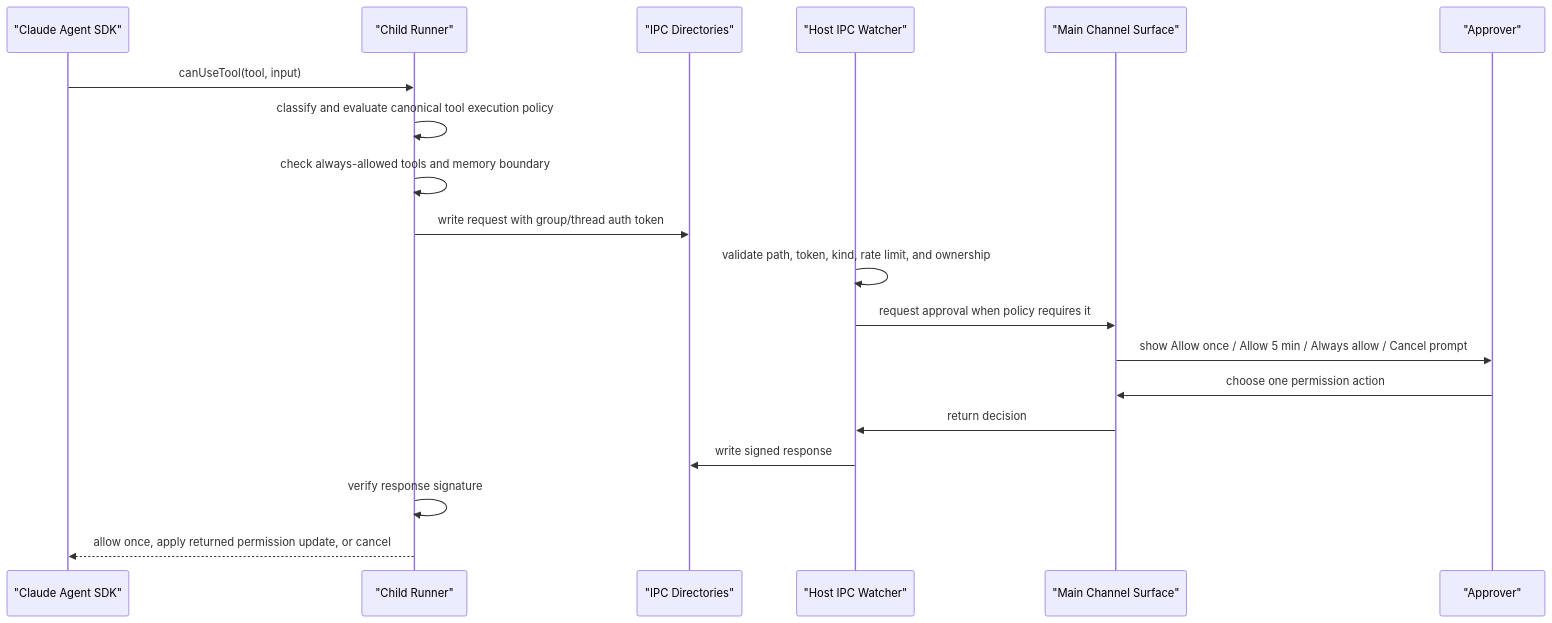
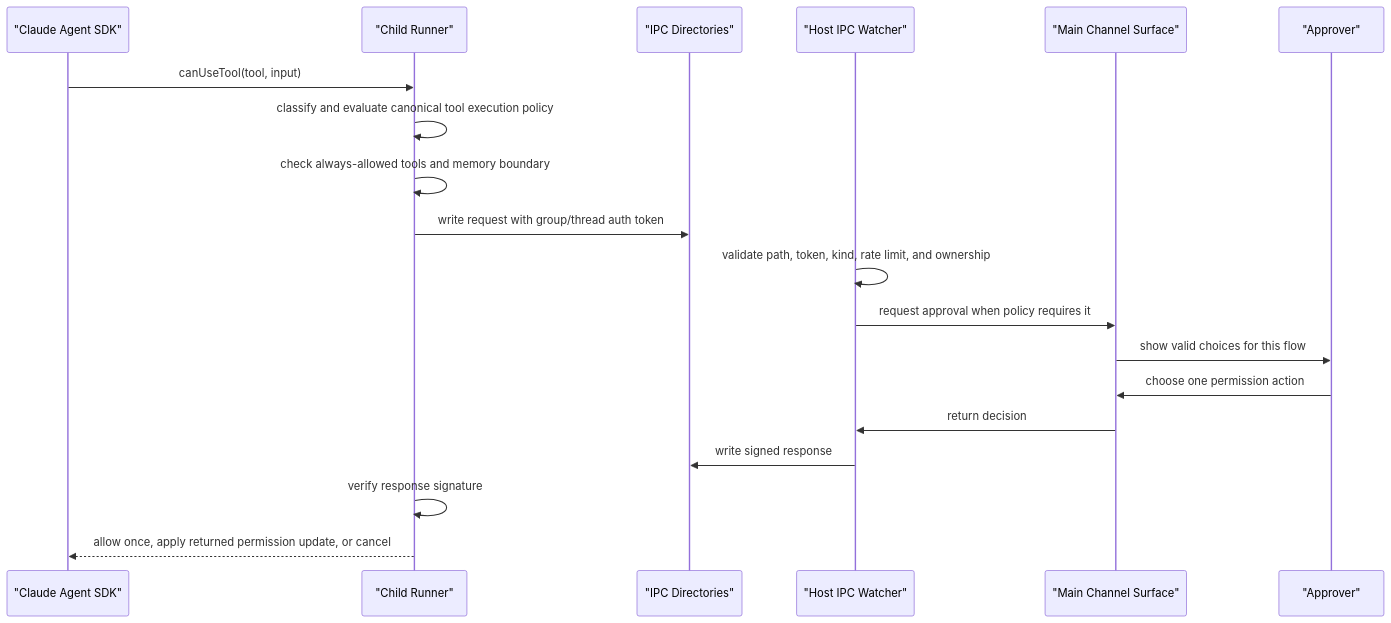
The second of 2 diagrams in docs/architecture/runtime-components.md (knacklabs/gantry), drawn with Mermaid before and after one commit. The commit also changed 85 other files, not shown here.

````diff
--- a/docs/architecture/runtime-components.md
+++ b/docs/architecture/runtime-components.md
@@ -203,22 +203,22 @@
 ```mermaid
 sequenceDiagram
   participant Agent as "Claude Agent SDK"
   participant Runner as "Child Runner"
   participant Dir as "IPC Directories"
   participant Host as "Host IPC Watcher"
   participant Main as "Main Channel Surface"
   participant User as "Approver"
 
   Agent->>Runner: canUseTool(tool, input)
   Runner->>Runner: classify and evaluate canonical tool execution policy
   Runner->>Runner: check always-allowed tools and memory boundary
   Runner->>Dir: write request with group/thread auth token
   Host->>Host: validate path, token, kind, rate limit, and ownership
   Host->>Main: request approval when policy requires it
-  Main->>User: show Allow once / Allow 5 min / Always allow / Cancel prompt
+  Main->>User: show valid choices for this flow
   User->>Main: choose one permission action
   Main->>Host: return decision
   Host->>Dir: write signed response
   Runner->>Runner: verify response signature
   Runner-->>Agent: allow once, apply returned permission update, or cancel
 ```
````
